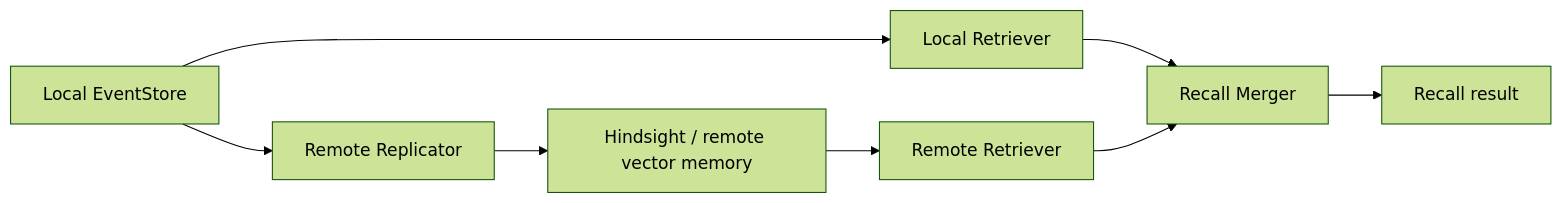
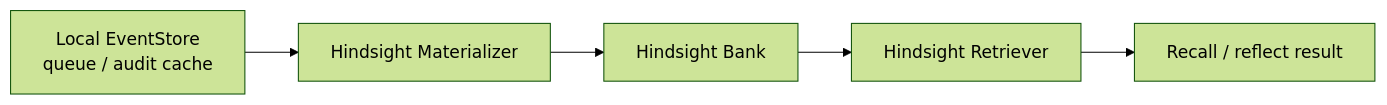
The third of 3 diagrams in docs/memory-engine-design.md (meimingqi222/crush-fork), drawn with Mermaid (forest theme) before and after one commit. The commit also changed other lines of this file and 31 other files, not shown here.

````diff
--- a/docs/memory-engine-design.md
+++ b/docs/memory-engine-design.md
@@ -362,10 +379,7 @@
 ```mermaid
 flowchart LR
-    EventLog["Local EventStore"] --> Replicator["Remote Replicator"]
-    Replicator --> Remote["Hindsight / remote vector memory"]
-    EventLog --> LocalRetriever["Local Retriever"]
-    Remote --> RemoteRetriever["Remote Retriever"]
-    LocalRetriever --> Merger["Recall Merger"]
-    RemoteRetriever --> Merger
-    Merger --> Prompt["Recall result"]
+    EventLog["Local EventStore<br/>queue / audit cache"] --> Replicator["Hindsight Materializer"]
+    Replicator --> Remote["Hindsight Bank"]
+    Remote --> RemoteRetriever["Hindsight Retriever"]
+    RemoteRetriever --> Prompt["Recall / reflect result"]
 ```
````
